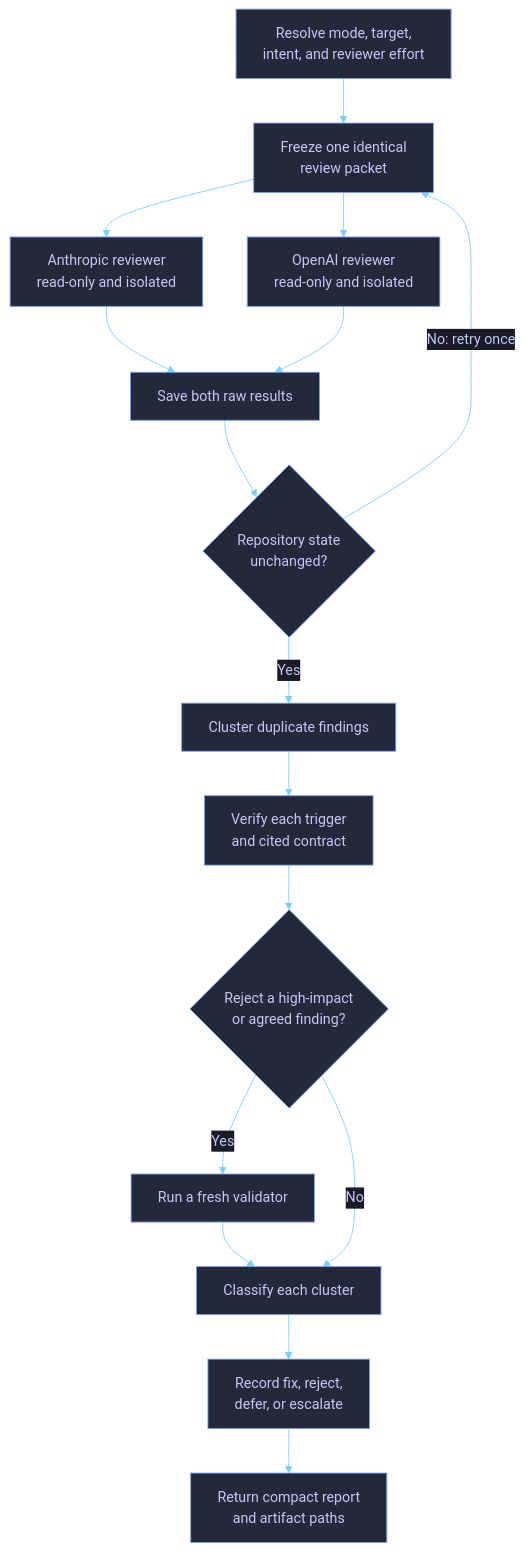
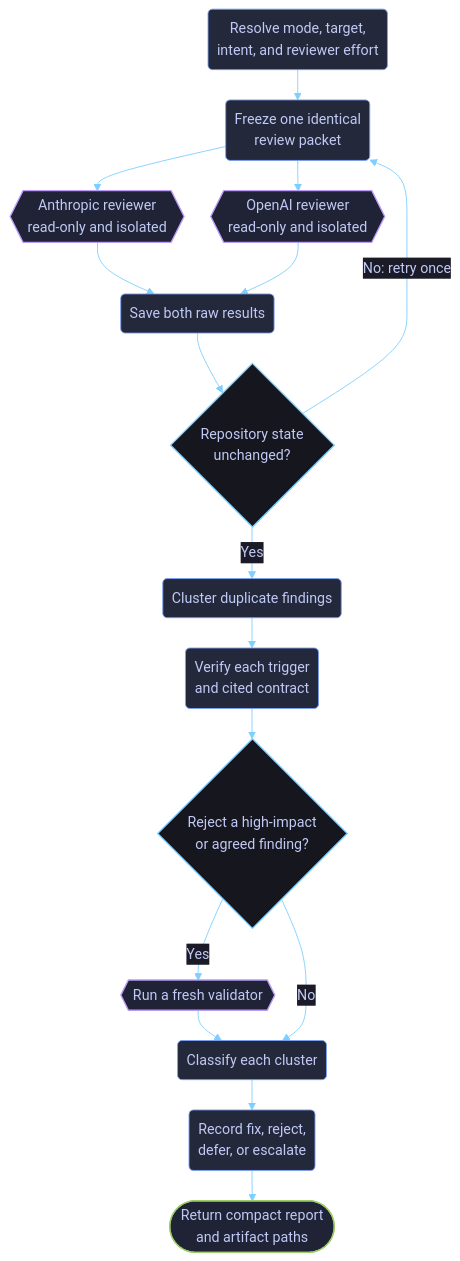
The diagram in docs/skill-workflows/adversarial-review.md (dvo-dev/copilot-guidance), drawn with Mermaid before and after one commit. The commit also changed other lines of this file and 10 other files, not shown here.

Commit message:
Polish workflow diagrams and stable links

````diff
--- a/docs/skill-workflows/adversarial-review.md
+++ b/docs/skill-workflows/adversarial-review.md
@@ -14,19 +14,28 @@
 ```mermaid
-%%{init: {"theme":"base","themeVariables":{"background":"#1a1b26","primaryColor":"#24283b","primaryTextColor":"#c0caf5","primaryBorderColor":"#7aa2f7","secondaryColor":"#1f2335","secondaryTextColor":"#c0caf5","secondaryBorderColor":"#bb9af7","tertiaryColor":"#16161e","tertiaryTextColor":"#c0caf5","tertiaryBorderColor":"#7dcfff","lineColor":"#7dcfff","textColor":"#c0caf5","mainBkg":"#24283b","nodeBorder":"#7aa2f7","clusterBkg":"#16161e","clusterBorder":"#565f89","defaultLinkColor":"#7dcfff","edgeLabelBackground":"#1a1b26","titleColor":"#bb9af7","fontFamily":"ui-monospace, SFMono-Regular, Menlo, Monaco, Consolas, Liberation Mono, monospace"},"flowchart":{"curve":"basis","htmlLabels":true}}}%%
+%%{init: {"theme":"base","themeVariables":{"background":"#1a1b26","primaryColor":"#24283b","primaryTextColor":"#c0caf5","primaryBorderColor":"#7aa2f7","secondaryColor":"#1f2335","secondaryTextColor":"#c0caf5","secondaryBorderColor":"#bb9af7","tertiaryColor":"#16161e","tertiaryTextColor":"#c0caf5","tertiaryBorderColor":"#7dcfff","lineColor":"#7dcfff","textColor":"#c0caf5","mainBkg":"#24283b","nodeBorder":"#7aa2f7","clusterBkg":"#16161e","clusterBorder":"#565f89","defaultLinkColor":"#7dcfff","edgeLabelBackground":"#1a1b26","titleColor":"#bb9af7","fontFamily":"ui-monospace, SFMono-Regular, Menlo, Monaco, Consolas, Liberation Mono, monospace"},"flowchart":{"curve":"basis","htmlLabels":true,"nodeSpacing":30,"rankSpacing":34,"padding":10}}}%%
 flowchart TD
-    A["Resolve mode, target,<br/>intent, and reviewer effort"] --> B["Freeze one identical<br/>review packet"]
-    B --> C["Anthropic reviewer<br/>read-only and isolated"]
-    B --> D["OpenAI reviewer<br/>read-only and isolated"]
-    C --> E["Save both raw results"]
+    A("Resolve mode, target,<br/>intent, and reviewer effort") --> B("Freeze one identical<br/>review packet")
+    B --> C{{"Anthropic reviewer<br/>read-only and isolated"}}
+    B --> D{{"OpenAI reviewer<br/>read-only and isolated"}}
+    C --> E("Save both raw results")
     D --> E
     E --> F{"Repository state<br/>unchanged?"}
     F -->|No: retry once| B
-    F -->|Yes| G["Cluster duplicate findings"]
-    G --> H["Verify each trigger<br/>and cited contract"]
+    F -->|Yes| G("Cluster duplicate findings")
+    G --> H("Verify each trigger<br/>and cited contract")
     H --> I{"Reject a high-impact<br/>or agreed finding?"}
-    I -->|Yes| J["Run a fresh validator"]
-    J --> K["Classify each cluster"]
+    I -->|Yes| J{{"Run a fresh validator"}}
+    J --> K("Classify each cluster")
     I -->|No| K
-    K --> L["Record fix, reject,<br/>defer, or escalate"]
-    L --> M["Return compact report<br/>and artifact paths"]
+    K --> L("Record fix, reject,<br/>defer, or escalate")
+    L --> M(["Return compact report<br/>and artifact paths"])
+
+    classDef stage fill:#24283b,stroke:#7aa2f7,stroke-width:1px,color:#c0caf5;
+    classDef delegated fill:#1f2335,stroke:#bb9af7,stroke-width:1.5px,color:#c0caf5;
+    classDef human fill:#1f2335,stroke:#9ece6a,stroke-width:1.5px,color:#c0caf5;
+    classDef decision fill:#16161e,stroke:#7dcfff,stroke-width:1.5px,color:#c0caf5;
+    class A,B,E,G,H,K,L stage;
+    class C,D,J delegated;
+    class M human;
+    class F,I decision;
 ```
````
